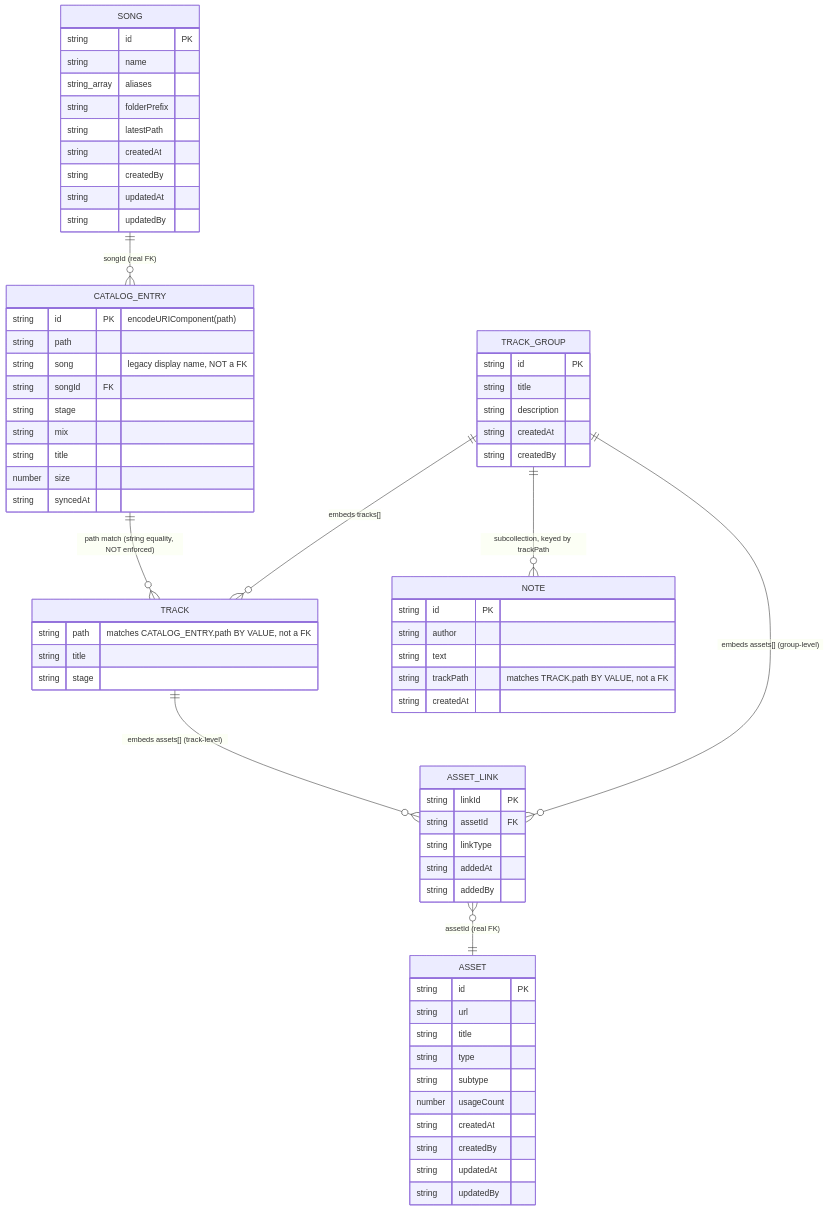
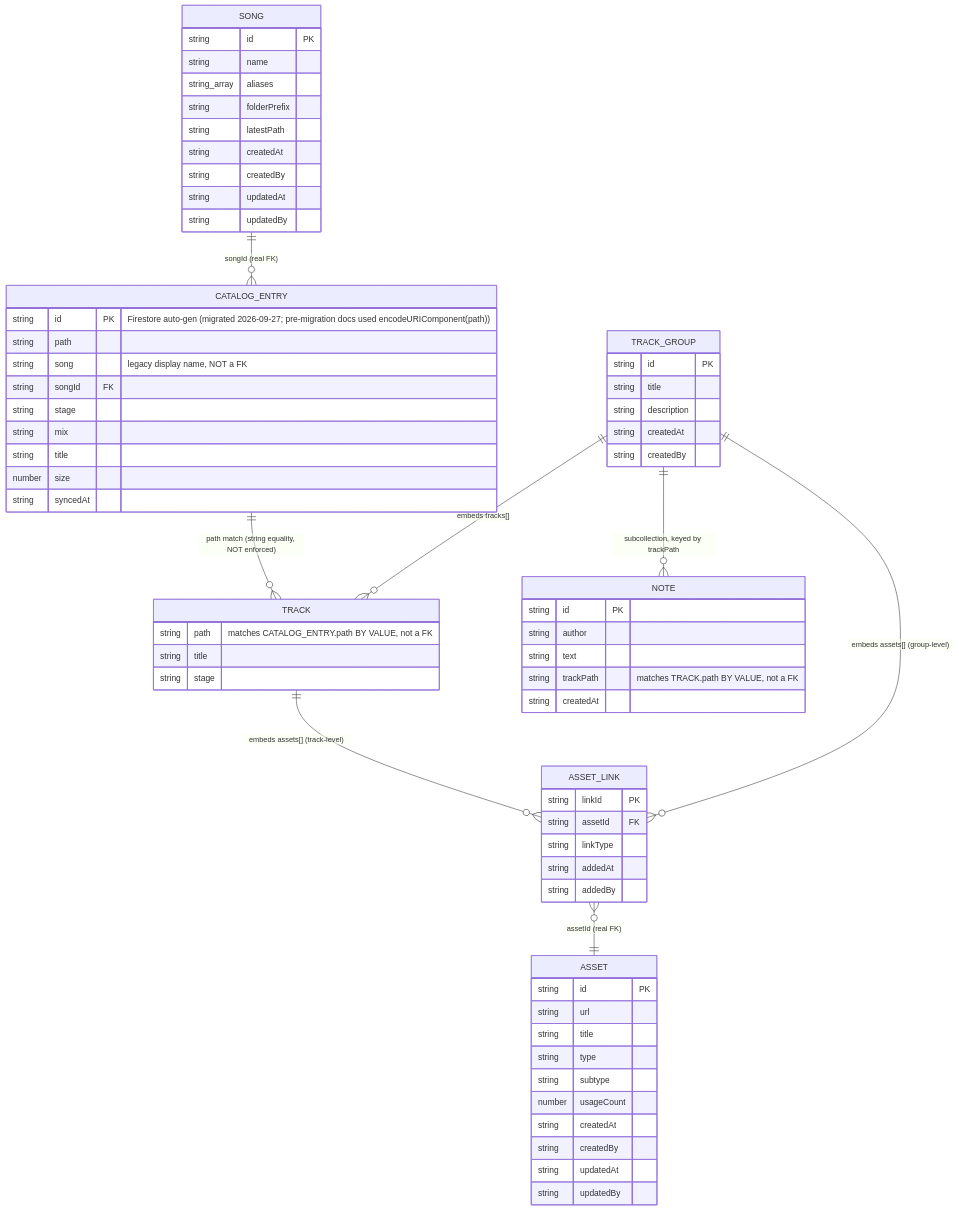
Before and after one commit to captainjspace/bandmagic: the diagram in docs/erd.mmd, drawn with Mermaid. The commit also changed 2 other files, not shown here.

Commit message:
Add Song/CatalogEntry legacy-ID migration utility
Pre-fix Song and CatalogEntry docs still carry encodeURIComponent(name)/
(path) derived ids instead of Firestore auto-gen ids. migrateSongIds
repoints every CatalogEntry.songId reference before deleting the old
Song doc; migrateCatalogEntryIds needs no repointing since nothing
references CatalogEntry.id as a foreign key (Track joins by path).
Follows the existing util-migrate-asset-links.ts / renameCollection
pattern - run once locally via node, not wired to any route.

```diff
--- a/docs/erd.mmd
+++ b/docs/erd.mmd
@@ -1,75 +1,75 @@
 erDiagram
     SONG {
         string id PK
         string name
         string_array aliases
         string folderPrefix
         string latestPath
         string createdAt
         string createdBy
         string updatedAt
         string updatedBy
     }
 
     CATALOG_ENTRY {
-        string id PK "encodeURIComponent(path)"
+        string id PK "Firestore auto-gen (migrated 2026-09-27; pre-migration docs used encodeURIComponent(path))"
         string path
         string song "legacy display name, NOT a FK"
         string songId FK
         string stage
         string mix
         string title
         number size
         string syncedAt
     }
 
     TRACK_GROUP {
         string id PK
         string title
         string description
         string createdAt
         string createdBy
     }
 
     TRACK {
         string path "matches CATALOG_ENTRY.path BY VALUE, not a FK"
         string title
         string stage
     }
 
     ASSET {
         string id PK
         string url
         string title
         string type
         string subtype
         number usageCount
         string createdAt
         string createdBy
         string updatedAt
         string updatedBy
     }
 
     ASSET_LINK {
         string linkId PK
         string assetId FK
         string linkType
         string addedAt
         string addedBy
     }
 
     NOTE {
         string id PK
         string author
         string text
         string trackPath "matches TRACK.path BY VALUE, not a FK"
         string createdAt
     }
 
     SONG ||--o{ CATALOG_ENTRY : "songId (real FK)"
     CATALOG_ENTRY ||--o{ TRACK : "path match (string equality, NOT enforced)"
     TRACK_GROUP ||--o{ TRACK : "embeds tracks[]"
     TRACK_GROUP ||--o{ NOTE : "subcollection, keyed by trackPath"
     TRACK_GROUP ||--o{ ASSET_LINK : "embeds assets[] (group-level)"
     TRACK ||--o{ ASSET_LINK : "embeds assets[] (track-level)"
     ASSET_LINK }o--|| ASSET : "assetId (real FK)"
```
